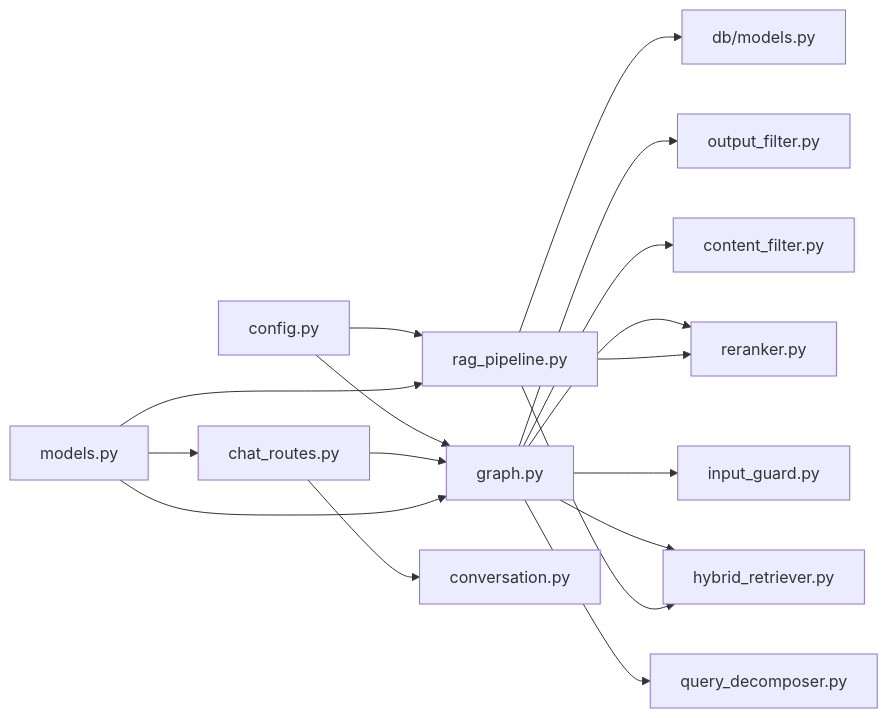
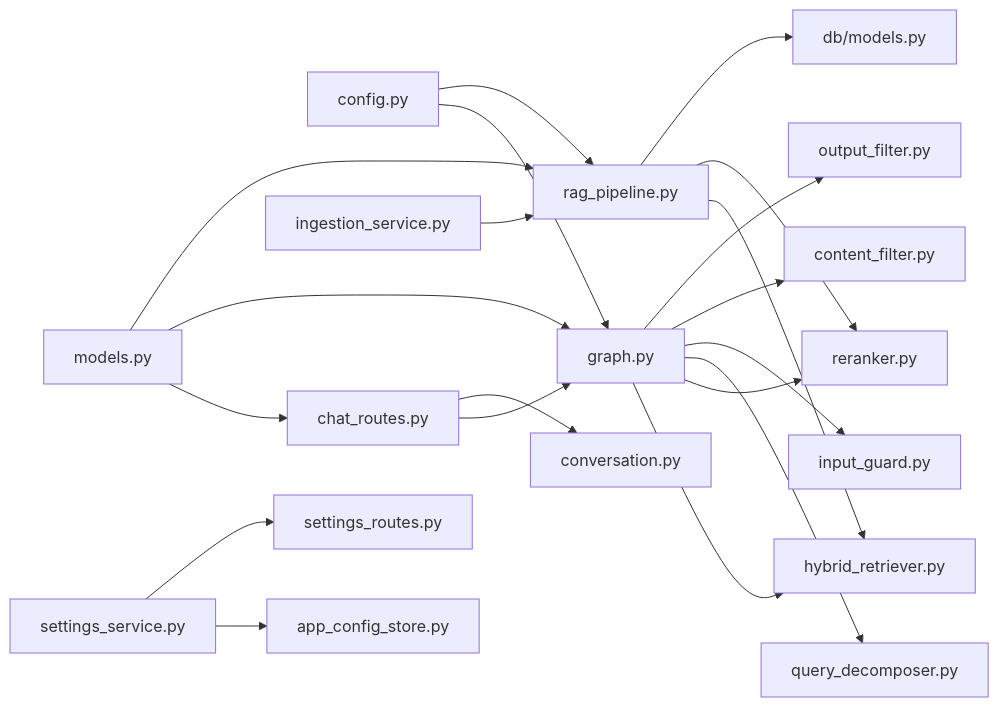
The tenth of 11 diagrams in .qoder/repowiki/en/content/Backend Development/Service Layer/RAG Pipeline Service.md (genes8/private-ai), drawn with Mermaid before and after one commit. The commit also changed other lines of this file and 55 other files, not shown here.

````diff
--- a/.qoder/repowiki/en/content/Backend Development/Service Layer/RAG Pipeline Service.md
+++ b/.qoder/repowiki/en/content/Backend Development/Service Layer/RAG Pipeline Service.md
@@ -398,19 +443,22 @@
 ```mermaid
 graph LR
 CFG["config.py"] --> GR["graph.py"]
 CFG --> RP["rag_pipeline.py"]
 GR --> RET["hybrid_retriever.py"]
 GR --> RER["reranker.py"]
 GR --> DEC["query_decomposer.py"]
 GR --> SEC1["input_guard.py"]
 GR --> SEC2["content_filter.py"]
 GR --> SEC3["output_filter.py"]
 RP --> RET
 RP --> RER
 RP --> DBM["db/models.py"]
 API["chat_routes.py"] --> GR
 API --> CONV["conversation.py"]
+INSG["ingestion_service.py"] --> RP
+SETTINGS["settings_service.py"] --> APPCFG["app_config_store.py"]
+SETTINGS --> SETTINGSRT["settings_routes.py"]
 MODELS["models.py"] --> API
 MODELS --> GR
 MODELS --> RP
 ```
````
